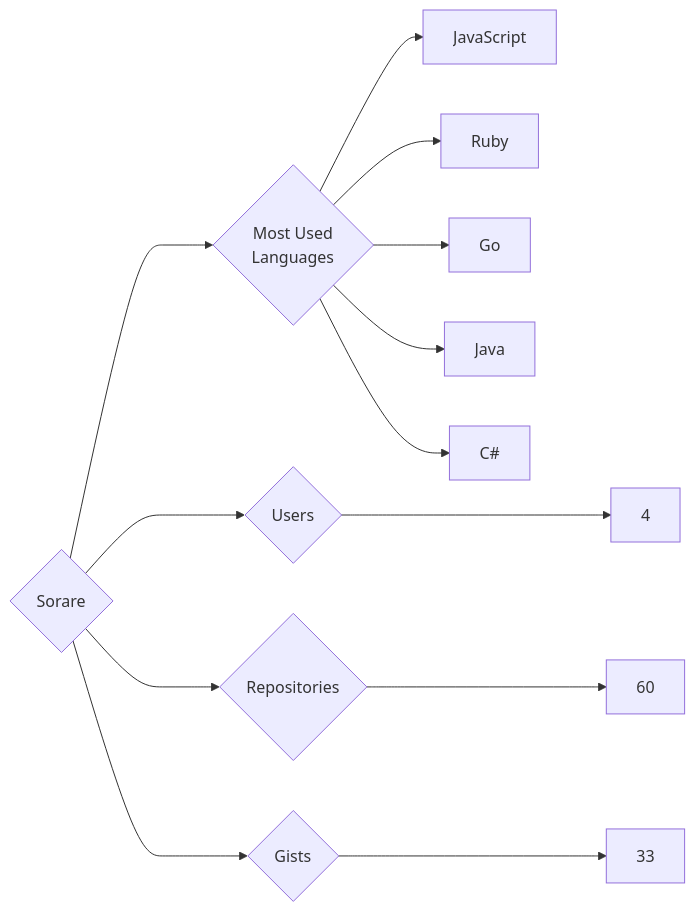
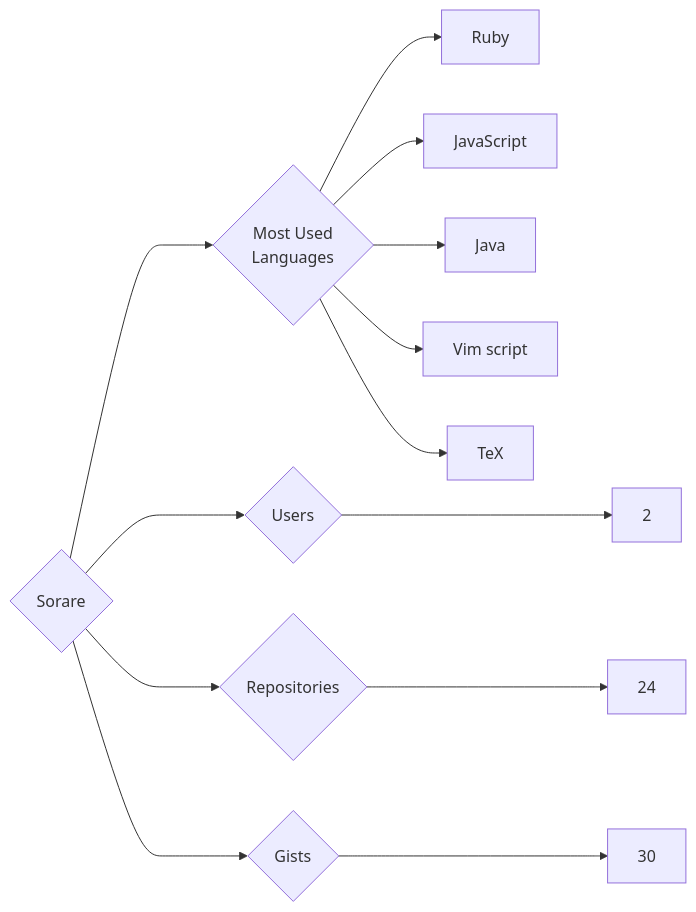
The diagram in targets/Sorare/README.md (trickest/insiders), drawn with Mermaid before and after one commit. The commit also changed 939 other files, not shown here.

````diff
--- a/targets/Sorare/README.md
+++ b/targets/Sorare/README.md
@@ -3,13 +3,13 @@
 ```mermaid
 graph LR
 COMPANY_NAME{Sorare}
-COMPANY_NAME ---> U{Users} ---> UN[4]
-COMPANY_NAME ---> R{Repositories} ---> RN[60]
-COMPANY_NAME ---> G{Gists} ---> GN[33]
+COMPANY_NAME ---> U{Users} ---> UN[2]
+COMPANY_NAME ---> R{Repositories} ---> RN[24]
+COMPANY_NAME ---> G{Gists} ---> GN[30]
 COMPANY_NAME ---> ML{Most Used<br>Languages}
+ML --> Ruby[Ruby]
 ML --> JavaScript[JavaScript]
-ML --> Ruby[Ruby]
-ML --> Go[Go]
 ML --> Java[Java]
-ML --> C#[C#]
+ML --> Vim_script[Vim script]
+ML --> TeX[TeX]
 ```
````
